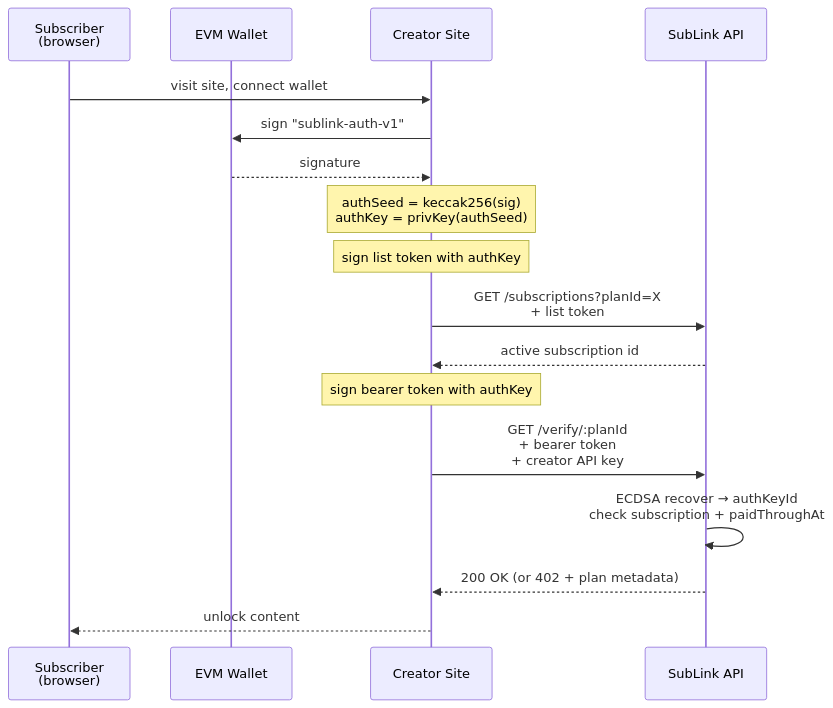
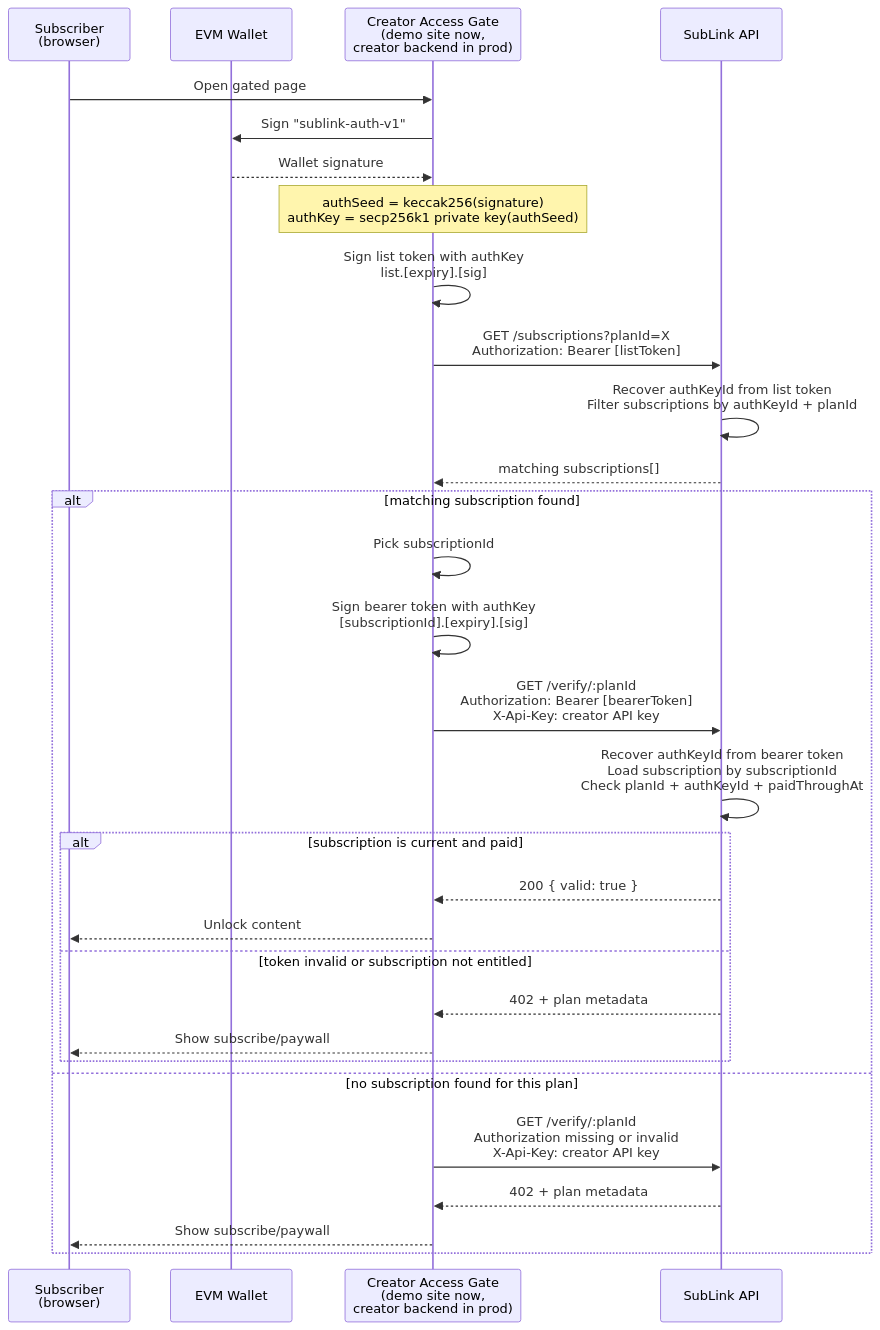
The diagram in README.md (chebykin/SubLink), drawn with Mermaid before and after one commit. The commit also changed other lines of this file, not shown here.

````diff
--- a/README.md
+++ b/README.md
@@ -89,22 +95,35 @@
 ```mermaid
 sequenceDiagram
     participant U as Subscriber<br/>(browser)
     participant W as EVM Wallet
-    participant C as Creator Site
+    participant G as Creator Access Gate<br/>(demo site now,<br/>creator backend in prod)
     participant S as SubLink API
 
-    U->>C: visit site, connect wallet
-    C->>W: sign "sublink-auth-v1"
-    W-->>C: signature
-    Note over C: authSeed = keccak256(sig)<br/>authKey = privKey(authSeed)
+    U->>G: Open gated page
+    G->>W: Sign "sublink-auth-v1"
+    W-->>G: Wallet signature
+    Note over G: authSeed = keccak256(signature)<br/>authKey = secp256k1 private key(authSeed)
 
-    Note over C: sign list token with authKey
-    C->>S: GET /subscriptions?planId=X<br/>+ list token
-    S-->>C: active subscription id
+    G->>G: Sign list token with authKey<br/>list.[expiry].[sig]
+    G->>S: GET /subscriptions?planId=X<br/>Authorization: Bearer [listToken]
+    S->>S: Recover authKeyId from list token<br/>Filter subscriptions by authKeyId + planId
+    S-->>G: matching subscriptions[]
 
-    Note over C: sign bearer token with authKey
-    C->>S: GET /verify/:planId<br/>+ bearer token<br/>+ creator API key
-    S->>S: ECDSA recover → authKeyId<br/>check subscription + paidThroughAt
-    S-->>C: 200 OK  (or 402 + plan metadata)
-    C-->>U: unlock content
+    alt matching subscription found
+        G->>G: Pick subscriptionId
+        G->>G: Sign bearer token with authKey<br/>[subscriptionId].[expiry].[sig]
+        G->>S: GET /verify/:planId<br/>Authorization: Bearer [bearerToken]<br/>X-Api-Key: creator API key
+        S->>S: Recover authKeyId from bearer token<br/>Load subscription by subscriptionId<br/>Check planId + authKeyId + paidThroughAt
+        alt subscription is current and paid
+            S-->>G: 200 { valid: true }
+            G-->>U: Unlock content
+        else token invalid or subscription not entitled
+            S-->>G: 402 + plan metadata
+            G-->>U: Show subscribe/paywall
+        end
+    else no subscription found for this plan
+        G->>S: GET /verify/:planId<br/>Authorization missing or invalid<br/>X-Api-Key: creator API key
+        S-->>G: 402 + plan metadata
+        G-->>U: Show subscribe/paywall
+    end
 ```
````
